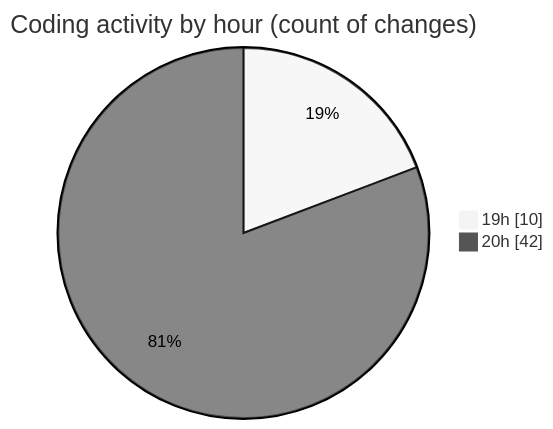
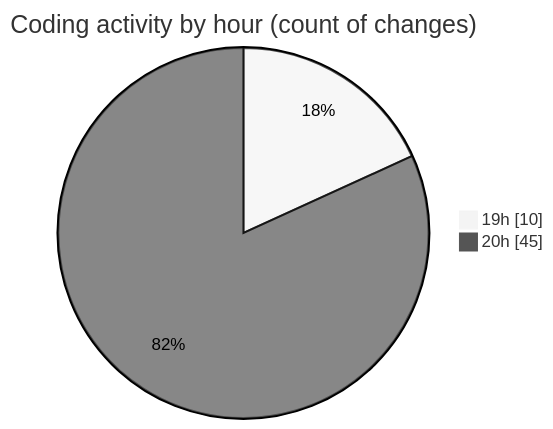
One commit to charlie-sans/code-tracking changed the second of 2 diagrams in 2025-01-28/trollerboard/README.md. Above: the diagram before and after it, drawn with Mermaid (neutral theme). The commit also changed other lines of this file and 1 other file, not shown here.

````diff
--- a/2025-01-28/trollerboard/README.md
+++ b/2025-01-28/trollerboard/README.md
@@ -37,6 +37,6 @@
 ```mermaid
 pie showData
 title Coding activity by hour (count of changes)
 "19h" : 10
-"20h" : 42
+"20h" : 45
 ```
````
